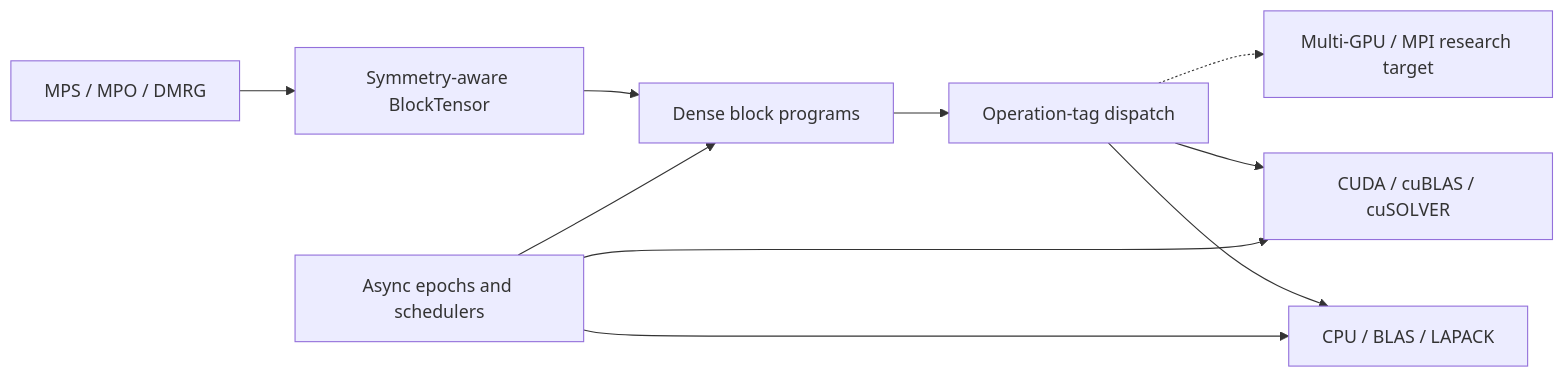
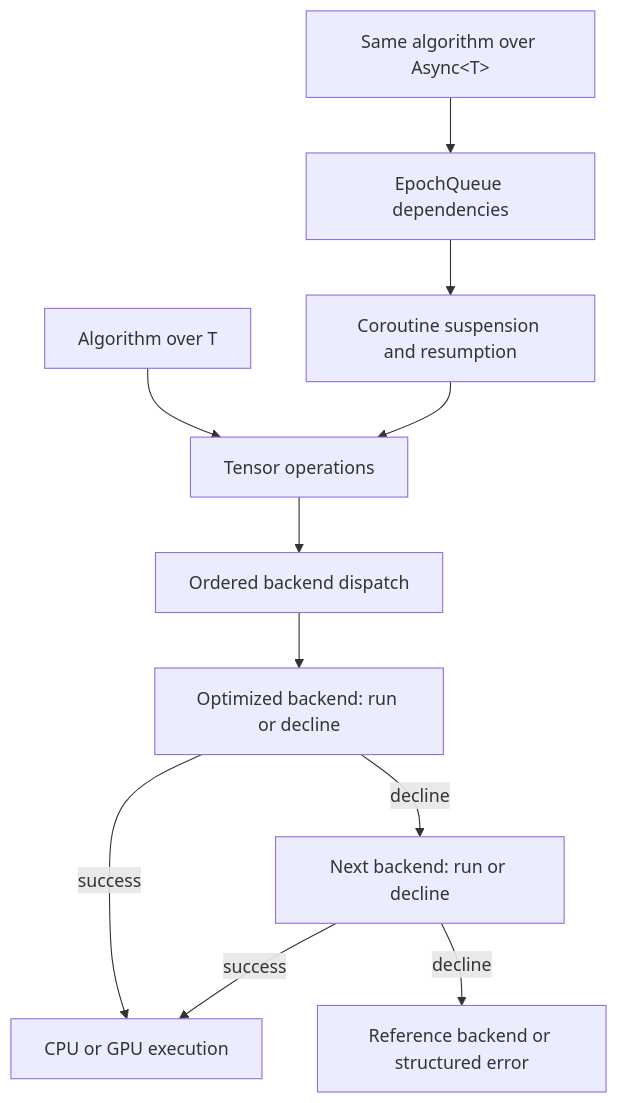
The diagram in README.md (ianmccul/uni20), drawn with Mermaid before and after one commit. The commit also changed other lines of this file and 1 other file, not shown here.

````diff
--- a/README.md
+++ b/README.md
@@ -75,12 +168,13 @@
 ```mermaid
-flowchart LR
-    Algorithms["MPS / MPO / DMRG"] --> Blocks["Symmetry-aware BlockTensor"]
-    Blocks --> Dense["Dense block programs"]
-    Dense --> Dispatch["Operation-tag dispatch"]
-    Dispatch --> CPU["CPU / BLAS / LAPACK"]
-    Dispatch --> GPU["CUDA / cuBLAS / cuSOLVER"]
-    Dispatch -.-> Distributed["Multi-GPU / MPI research target"]
-    Async["Async epochs and schedulers"] --> Dense
-    Async --> CPU
-    Async --> GPU
+flowchart TD
+    T["Algorithm over T"] --> Ops["Tensor operations"]
+    AT["Same algorithm over Async&lt;T&gt;"] --> Epoch["EpochQueue dependencies"]
+    Epoch --> Coroutines["Coroutine suspension and resumption"]
+    Coroutines --> Ops
+    Ops --> Dispatch["Ordered backend dispatch"]
+    Dispatch --> First["Optimized backend: run or decline"]
+    First -- decline --> Next["Next backend: run or decline"]
+    First -- success --> Execute["CPU or GPU execution"]
+    Next -- success --> Execute
+    Next -- decline --> Exhausted["Reference backend or structured error"]
 ```
````
